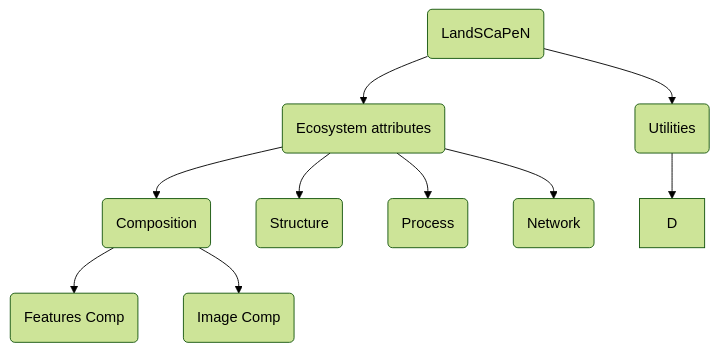
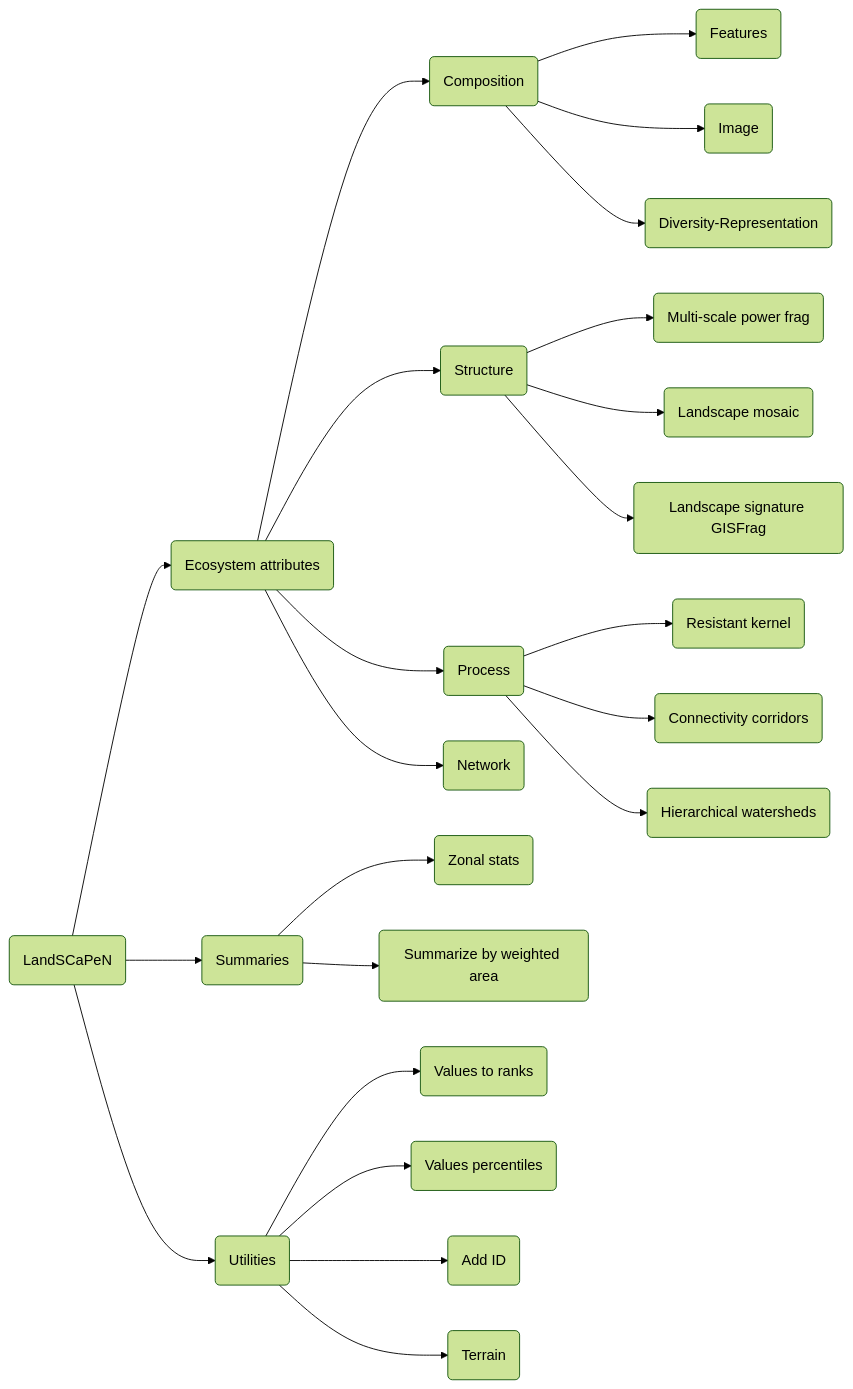
One commit to davidtheobald8/landscapen changed the diagram in README.md. Above: the diagram before and after it, drawn with Mermaid (forest theme).

````diff
--- a/README.md
+++ b/README.md
@@ -2,30 +2,59 @@
 ```mermaid
-  graph TD;
+  graph LR;
       A(LandSCaPeN)
       A-->B;
-      A-->C;
+      A-->C1;
+      A-->D1;
       %%(HM CA) users/DavidTheobald8/HM/HM_202204/HM_Y2Y_CA_2020_90_60sland%%
 
       B(Ecosystem attributes)
       B-->B1;
       B-->B2;
       B-->B3;
       B-->B4;
       %%(HM US) users/DavidTheobald8/HM/HM_202204/HM_Y2Y_US_2020_90_60sland%%
 
       B1(Composition)
       B1-->B11
-      B1-->B12
-      
-      B11(Features Comp)
-      B12(Image Comp)
+      B1-->B12    
+      B1-->B13    
+      B11(Features)
+      B12(Image)
+      B13(Diversity-Representation)
       
       B2(Structure)
+      B2-->B21
+      B2-->B22
+      B2-->B23
+      B21(Multi-scale power frag)
+      B22(Landscape mosaic)
+      B23(Landscape signature GISFrag)
+
       B3(Process)
+      B3-->B31
+      B3-->B32
+      B3-->B33
+      B31(Resistant kernel)
+      B32(Connectivity corridors)
+      B33(Hierarchical watersheds)
+
       B4(Network)
 %%      click C "https://code.earthengine.google.com/?scriptPath=users%2FDavidTheobald8%2FEXP_Y2Y%3ACalculate%20multi-scale%20percolation"     
 
-           
-      C(Utilities)-->D;
+      C1(Summaries)
+      C1-->C11
+      C1-->C12
+      C11(Zonal stats)
+      C12(Summarize by weighted area)
+      
+      D1(Utilities)
+      D1-->D11
+      D1-->D12
+      D1-->D13
+      D1-->D14    
+      D11(Values to ranks)
+      D12(Values percentiles)
+      D13(Add ID)
+      D14(Terrain)
 
 ```
````
